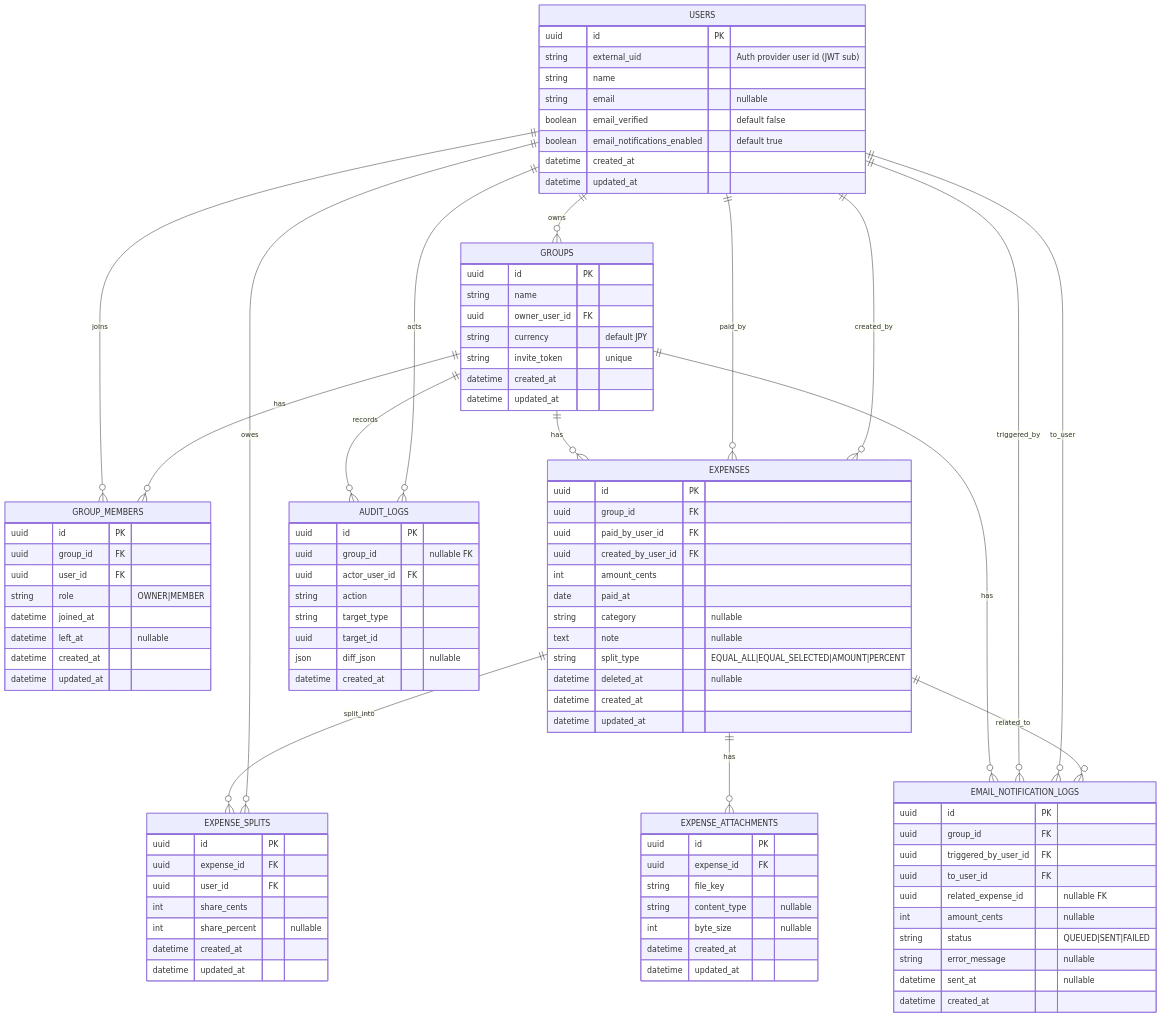
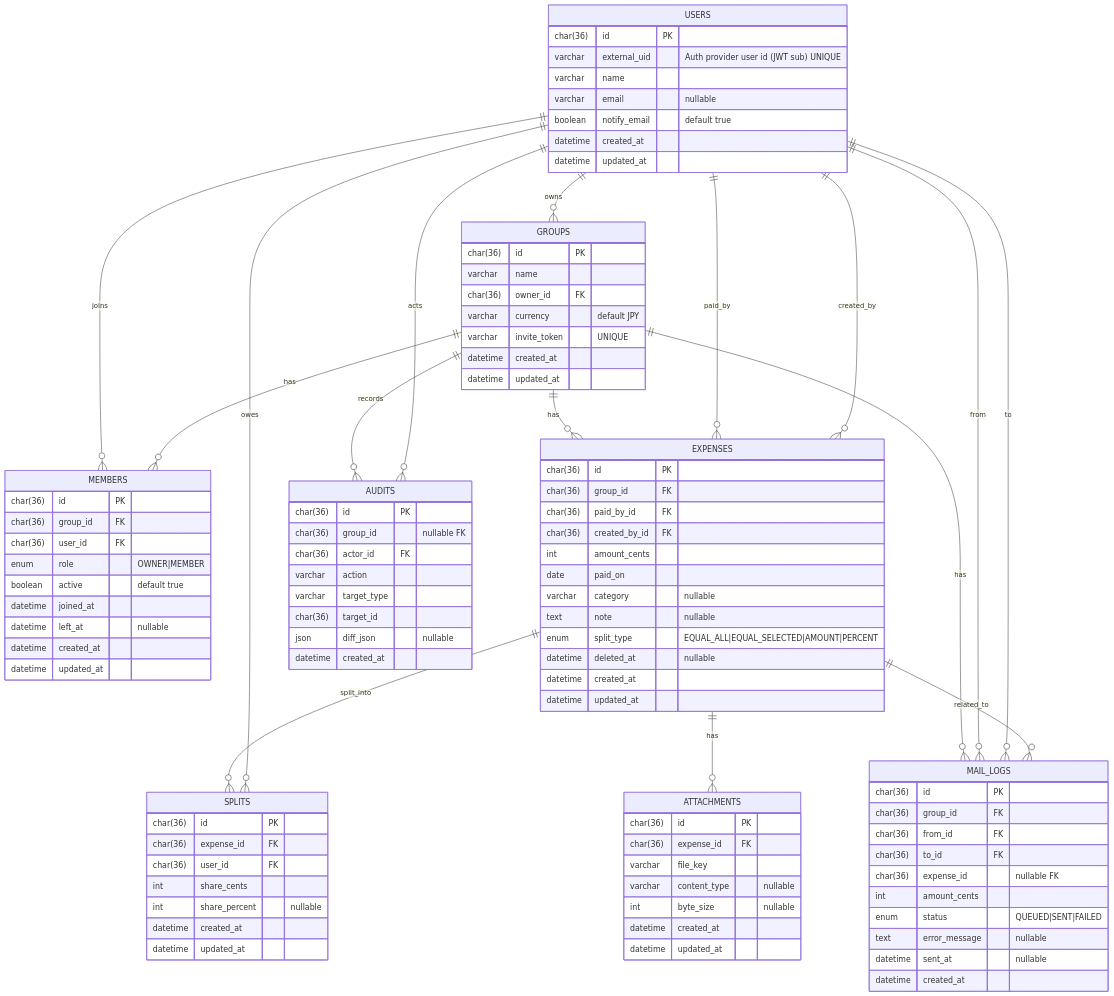
One commit to Kazuya-Sakashita/splitto changed the diagram in doc/er-diagram.md. Above: the diagram before and after it, drawn with Mermaid. The commit also changed other lines of this file, not shown here.

Commit message:
docs: MySQL向けER図のテーブル説明と実装メモを更新

````diff
--- a/doc/er-diagram.md
+++ b/doc/er-diagram.md
@@ -17,31 +22,31 @@
 ```mermaid
 erDiagram
   USERS {
-    uuid id PK
-    string external_uid "Auth provider user id (JWT sub)"
-    string name
-    string email "nullable"
-    boolean email_verified "default false"
-    boolean email_notifications_enabled "default true"
+    char(36) id PK
+    varchar external_uid "Auth provider user id (JWT sub) UNIQUE"
+    varchar name
+    varchar email "nullable"
+    boolean notify_email "default true"
     datetime created_at
     datetime updated_at
   }
 
   GROUPS {
-    uuid id PK
-    string name
-    uuid owner_user_id FK
-    string currency "default JPY"
-    string invite_token "unique"
+    char(36) id PK
+    varchar name
+    char(36) owner_id FK
+    varchar currency "default JPY"
+    varchar invite_token "UNIQUE"
     datetime created_at
     datetime updated_at
   }
 
-  GROUP_MEMBERS {
-    uuid id PK
-    uuid group_id FK
-    uuid user_id FK
-    string role "OWNER|MEMBER"
+  MEMBERS {
+    char(36) id PK
+    char(36) group_id FK
+    char(36) user_id FK
+    enum role "OWNER|MEMBER"
+    boolean active "default true"
     datetime joined_at
     datetime left_at "nullable"
     datetime created_at
@@ -49,82 +54,82 @@
   }
 
   EXPENSES {
-    uuid id PK
-    uuid group_id FK
-    uuid paid_by_user_id FK
-    uuid created_by_user_id FK
+    char(36) id PK
+    char(36) group_id FK
+    char(36) paid_by_id FK
+    char(36) created_by_id FK
     int amount_cents
-    date paid_at
-    string category "nullable"
+    date paid_on
+    varchar category "nullable"
     text note "nullable"
-    string split_type "EQUAL_ALL|EQUAL_SELECTED|AMOUNT|PERCENT"
+    enum split_type "EQUAL_ALL|EQUAL_SELECTED|AMOUNT|PERCENT"
     datetime deleted_at "nullable"
     datetime created_at
     datetime updated_at
   }
 
-  EXPENSE_SPLITS {
-    uuid id PK
-    uuid expense_id FK
-    uuid user_id FK
+  SPLITS {
+    char(36) id PK
+    char(36) expense_id FK
+    char(36) user_id FK
     int share_cents
     int share_percent "nullable"
     datetime created_at
     datetime updated_at
   }
 
-  EXPENSE_ATTACHMENTS {
-    uuid id PK
-    uuid expense_id FK
-    string file_key
-    string content_type "nullable"
+  ATTACHMENTS {
+    char(36) id PK
+    char(36) expense_id FK
+    varchar file_key
+    varchar content_type "nullable"
     int byte_size "nullable"
     datetime created_at
     datetime updated_at
   }
 
-  AUDIT_LOGS {
-    uuid id PK
-    uuid group_id "nullable FK"
-    uuid actor_user_id FK
-    string action
-    string target_type
-    uuid target_id
+  AUDITS {
+    char(36) id PK
+    char(36) group_id "nullable FK"
+    char(36) actor_id FK
+    varchar action
+    varchar target_type
+    char(36) target_id
     json diff_json "nullable"
     datetime created_at
   }
 
-  EMAIL_NOTIFICATION_LOGS {
-    uuid id PK
-    uuid group_id FK
-    uuid triggered_by_user_id FK
-    uuid to_user_id FK
-    uuid related_expense_id "nullable FK"
-    int amount_cents "nullable"
-    string status "QUEUED|SENT|FAILED"
-    string error_message "nullable"
+  MAIL_LOGS {
+    char(36) id PK
+    char(36) group_id FK
+    char(36) from_id FK
+    char(36) to_id FK
+    char(36) expense_id "nullable FK"
+    int amount_cents
+    enum status "QUEUED|SENT|FAILED"
+    text error_message "nullable"
     datetime sent_at "nullable"
     datetime created_at
   }
 
   USERS ||--o{ GROUPS : "owns"
-  USERS ||--o{ GROUP_MEMBERS : "joins"
-  GROUPS ||--o{ GROUP_MEMBERS : "has"
+  USERS ||--o{ MEMBERS : "joins"
+  GROUPS ||--o{ MEMBERS : "has"
 
   GROUPS ||--o{ EXPENSES : "has"
   USERS  ||--o{ EXPENSES : "paid_by"
   USERS  ||--o{ EXPENSES : "created_by"
 
-  EXPENSES ||--o{ EXPENSE_SPLITS : "split_into"
-  USERS    ||--o{ EXPENSE_SPLITS : "owes"
+  EXPENSES ||--o{ SPLITS : "split_into"
+  USERS    ||--o{ SPLITS : "owes"
 
-  EXPENSES ||--o{ EXPENSE_ATTACHMENTS : "has"
+  EXPENSES ||--o{ ATTACHMENTS : "has"
 
-  GROUPS ||--o{ AUDIT_LOGS : "records"
-  USERS  ||--o{ AUDIT_LOGS : "acts"
+  GROUPS ||--o{ AUDITS : "records"
+  USERS  ||--o{ AUDITS : "acts"
 
-  GROUPS ||--o{ EMAIL_NOTIFICATION_LOGS : "has"
-  USERS  ||--o{ EMAIL_NOTIFICATION_LOGS : "triggered_by"
-  USERS  ||--o{ EMAIL_NOTIFICATION_LOGS : "to_user"
-  EXPENSES ||--o{ EMAIL_NOTIFICATION_LOGS : "related_to"
+  GROUPS ||--o{ MAIL_LOGS : "has"
+  USERS  ||--o{ MAIL_LOGS : "from"
+  USERS  ||--o{ MAIL_LOGS : "to"
+  EXPENSES ||--o{ MAIL_LOGS : "related_to"
 ```
````
